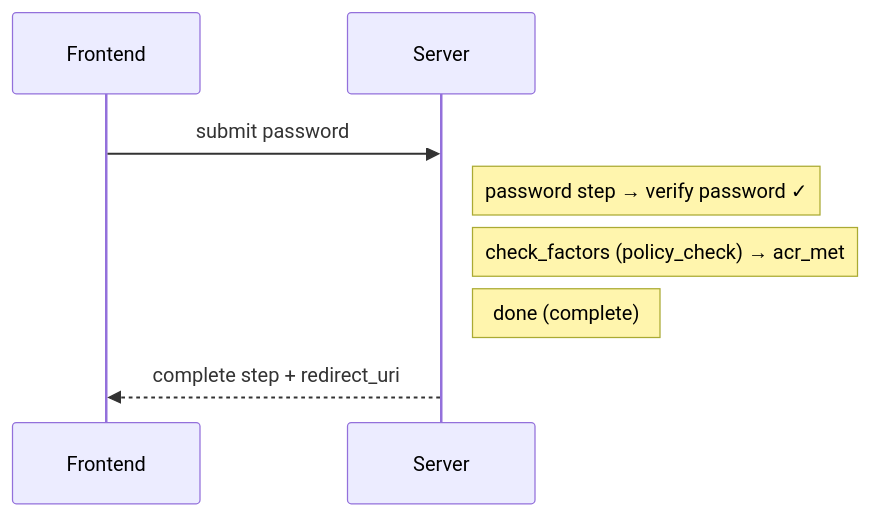
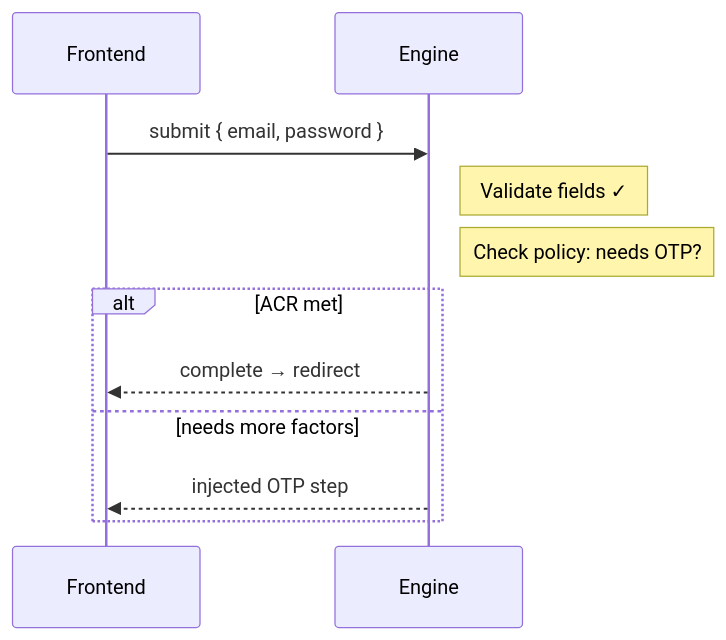
One commit to zitadel/nextgen changed the fifth of 10 diagrams in docs/design/flowengine/flow-engine-guide.md. Above: the diagram before and after it, drawn with Mermaid. The commit also changed other lines of this file and 15 other files, not shown here.

Commit message:
refactor: simplify flow engine to schema-driven step model (#50)

````diff
--- a/docs/design/flowengine/flow-engine-guide.md
+++ b/docs/design/flowengine/flow-engine-guide.md
@@ -343,11 +362,14 @@
 ```mermaid
 sequenceDiagram
     participant Frontend
-    participant Server
+    participant Engine
 
-    Frontend->>Server: submit password
-    Note right of Server: password step → verify password ✓
-    Note right of Server: check_factors (policy_check) → acr_met
-    Note right of Server: done (complete)
-    Server-->>Frontend: complete step + redirect_uri
+    Frontend->>Engine: submit { email, password }
+    Note right of Engine: Validate fields ✓
+    Note right of Engine: Check policy: needs OTP?
+    alt ACR met
+        Engine-->>Frontend: complete → redirect
+    else needs more factors
+        Engine-->>Frontend: injected OTP step
+    end
 ```
````
